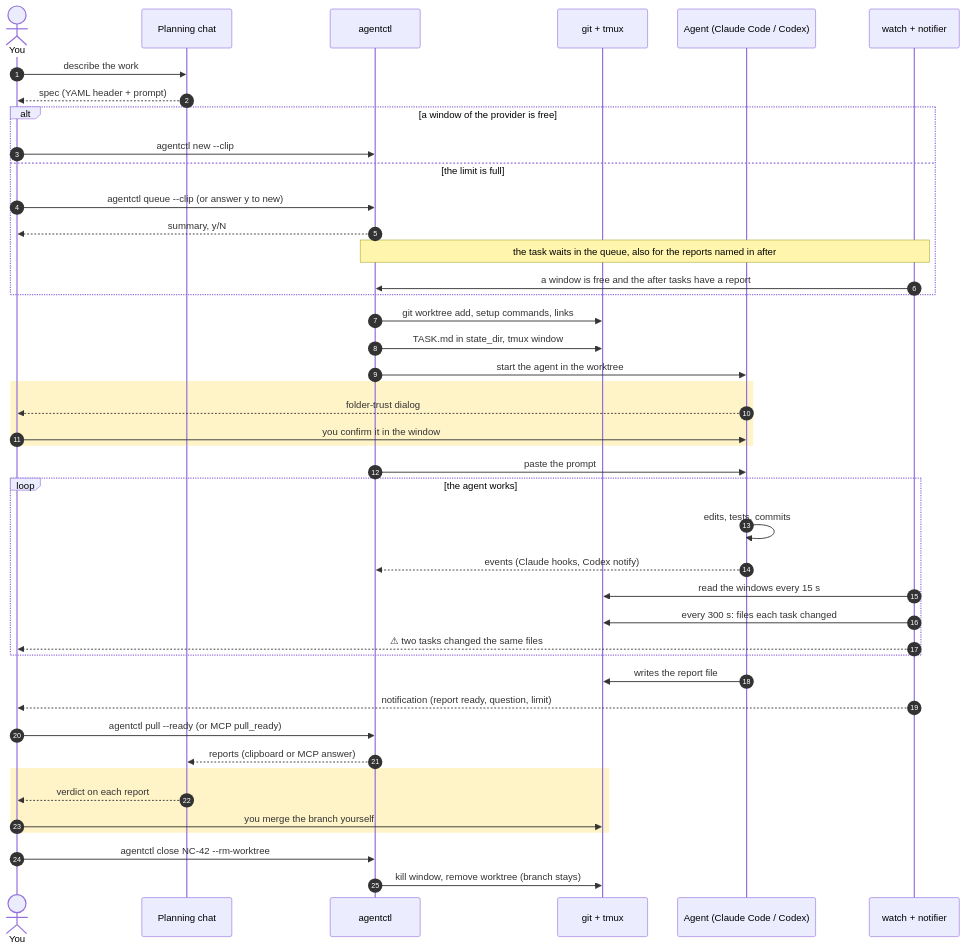
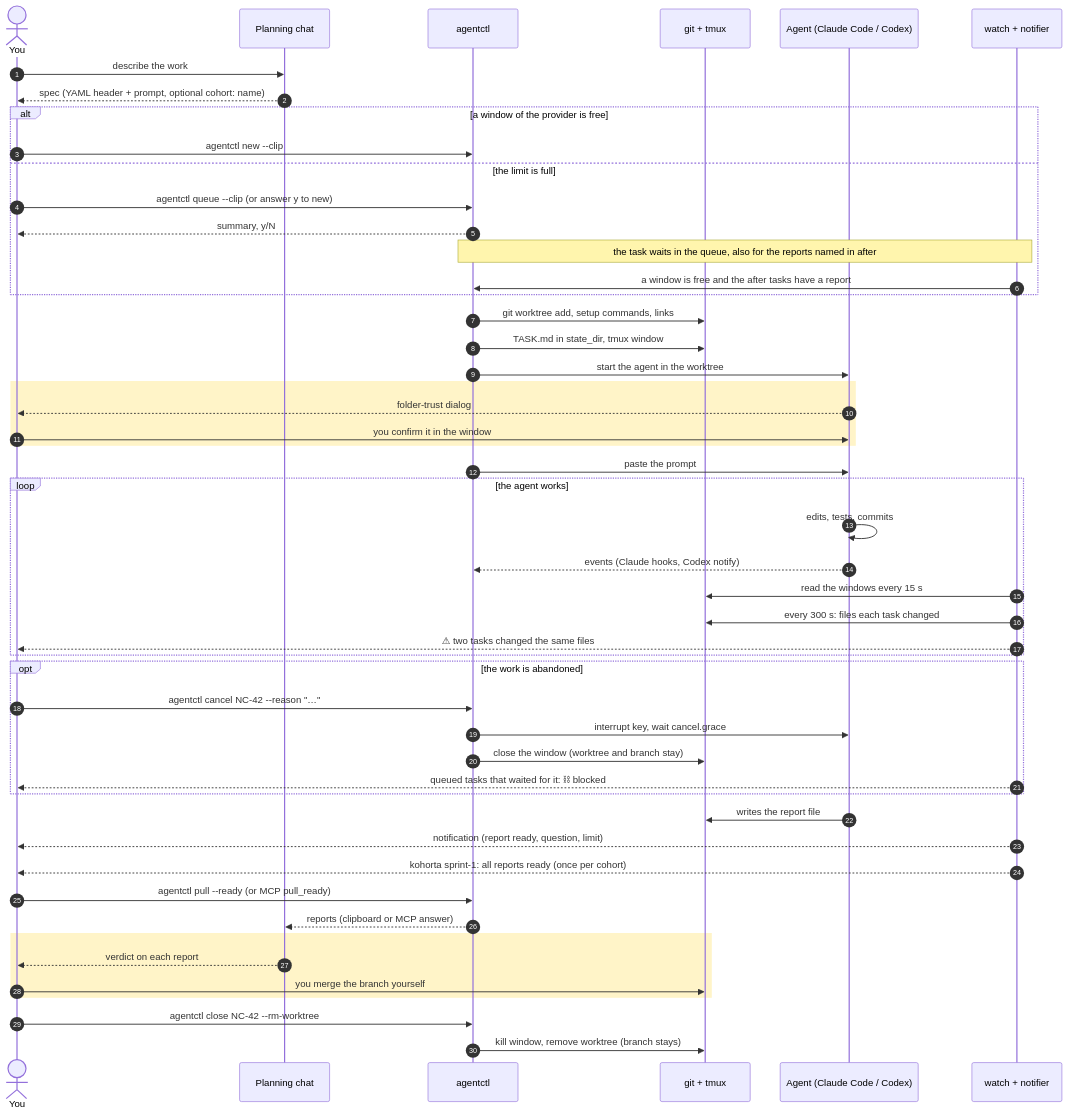
The first of 3 diagrams in README.md (Setech-pl/agentctl), drawn with Mermaid before and after one commit. The commit also changed other lines of this file and 6 other files, not shown here.

Commit message:
Documentation for 0.10.0: Cancelling tasks and Cohorts in both READMEs, details, configuration, MCP update notes, diagrams with cancelled, blocked and cohorts, CHANGELOG, version 0.10.0

````diff
--- a/README.md
+++ b/README.md
@@ -27,46 +28,53 @@
 ```mermaid
 sequenceDiagram
     autonumber
     actor H as You
     participant C as Planning chat
     participant A as agentctl
     participant G as git + tmux
     participant X as Agent (Claude Code / Codex)
     participant W as watch + notifier
 
     H->>C: describe the work
-    C-->>H: spec (YAML header + prompt)
+    C-->>H: spec (YAML header + prompt, optional cohort: name)
     alt a window of the provider is free
         H->>A: agentctl new --clip
     else the limit is full
         H->>A: agentctl queue --clip (or answer y to new)
         A-->>H: summary, y/N
         Note over A,W: the task waits in the queue, also for the reports named in after
         W->>A: a window is free and the after tasks have a report
     end
     A->>G: git worktree add, setup commands, links
     A->>G: TASK.md in state_dir, tmux window
     A->>X: start the agent in the worktree
     rect rgb(255, 244, 200)
     X-->>H: folder-trust dialog
     H->>X: you confirm it in the window
     end
     A->>X: paste the prompt
     loop the agent works
         X->>X: edits, tests, commits
         X-->>A: events (Claude hooks, Codex notify)
         W->>G: read the windows every 15 s
         W->>G: every 300 s: files each task changed
         W-->>H: ⚠ two tasks changed the same files
     end
+    opt the work is abandoned
+        H->>A: agentctl cancel NC-42 --reason "…"
+        A->>X: interrupt key, wait cancel.grace
+        A->>G: close the window (worktree and branch stay)
+        W-->>H: queued tasks that waited for it: ⛓ blocked
+    end
     X->>G: writes the report file
     W-->>H: notification (report ready, question, limit)
+    W-->>H: kohorta sprint-1: all reports ready (once per cohort)
     H->>A: agentctl pull --ready (or MCP pull_ready)
     A-->>C: reports (clipboard or MCP answer)
     rect rgb(255, 244, 200)
     C-->>H: verdict on each report
     H->>G: you merge the branch yourself
     end
     H->>A: agentctl close NC-42 --rm-worktree
     A->>G: kill window, remove worktree (branch stays)
 ```
````
